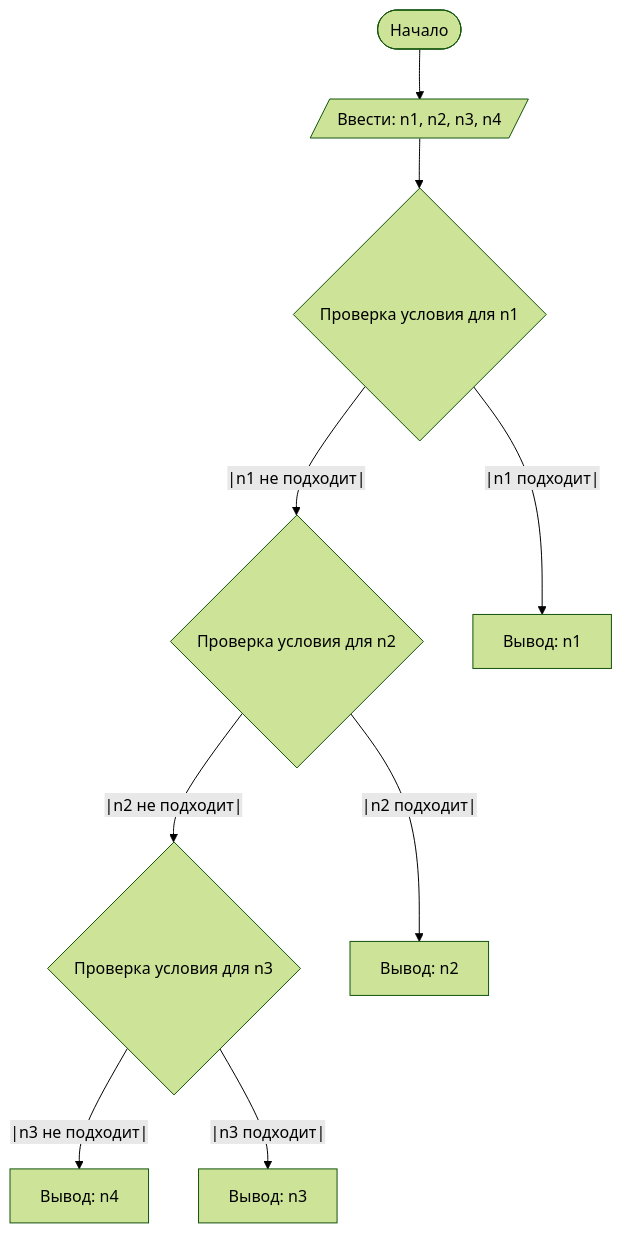
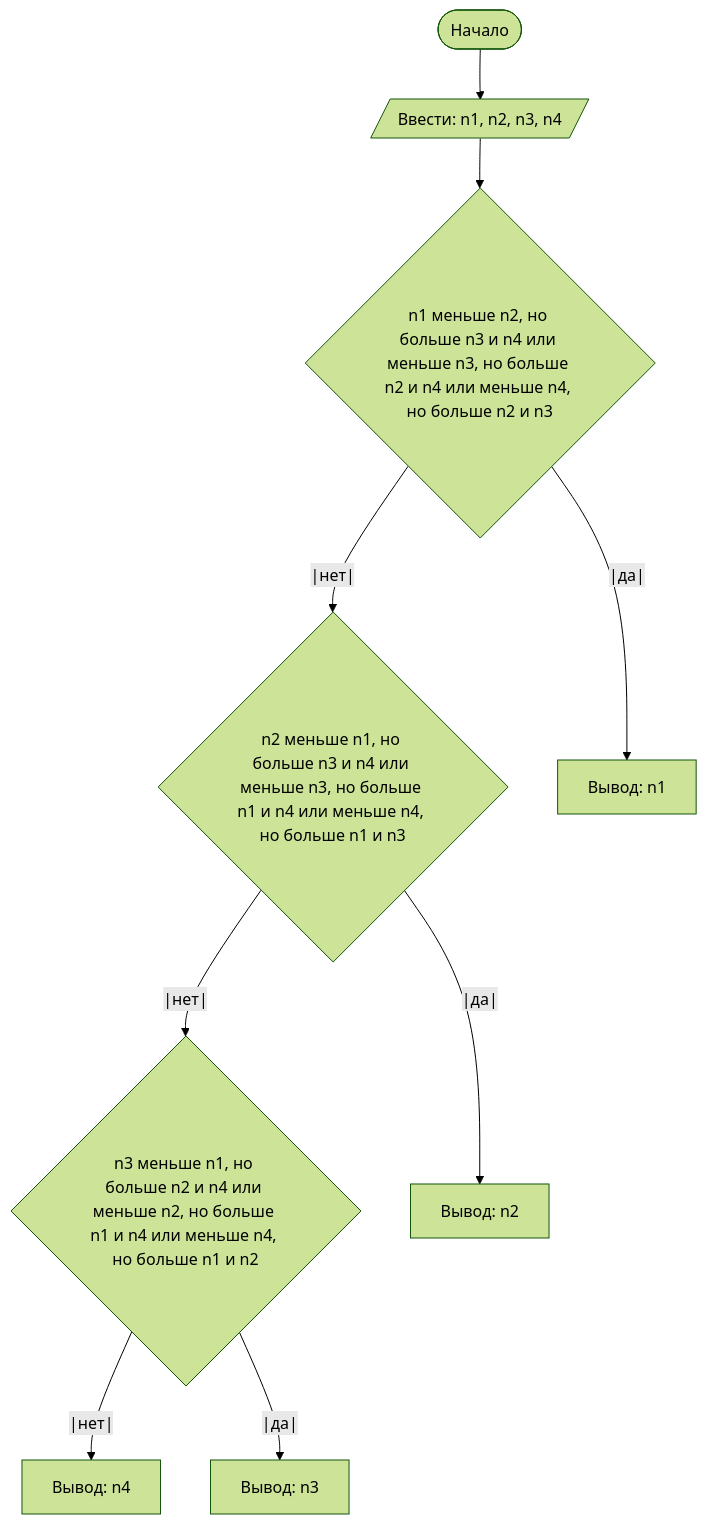
Before and after one commit to Roman-Samoilenko/Lab1: the diagram in README.md, drawn with Mermaid (forest theme).

````diff
--- a/README.md
+++ b/README.md
@@ -49,11 +49,11 @@
 ```mermaid
 graph TD
     A([Начало]) --> B[/Ввести: n1, n2, n3, n4/]
-    B --> C{Проверка условия для n1}
-    C --|n1 не подходит|--> D{Проверка условия для n2}
-    C --|n1 подходит|--> CC[Вывод: n1]
-    D --|n2 не подходит|--> E{Проверка условия для n3}
-    D --|n2 подходит|--> DD[Вывод: n2]
-    E --|n3 не подходит|--> F[Вывод: n4]
-    E --|n3 подходит|--> FF[Вывод: n3]
+    B --> C{n1 меньше n2, но больше n3 и n4 или меньше n3, но больше n2 и n4 или меньше n4, но больше n2 и n3}
+    C --|нет|--> D{n2 меньше n1, но больше n3 и n4 или меньше n3, но больше n1 и n4 или меньше n4, но больше n1 и n3}
+    C --|да|--> CC[Вывод: n1]
+    D --|нет|--> E{n3 меньше n1, но больше n2 и n4 или меньше n2, но больше n1 и n4 или меньше n4, но больше n1 и n2}
+    D --|да|--> DD[Вывод: n2]
+    E --|нет|--> F[Вывод: n4]
+    E --|да|--> FF[Вывод: n3]
 ```
````
